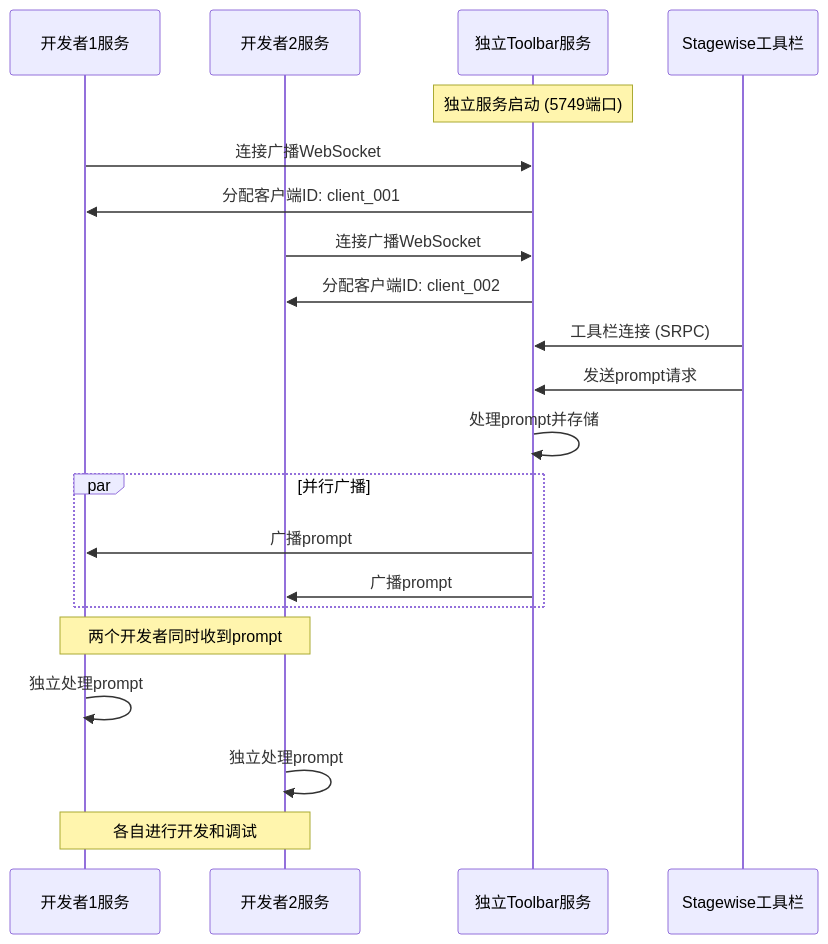
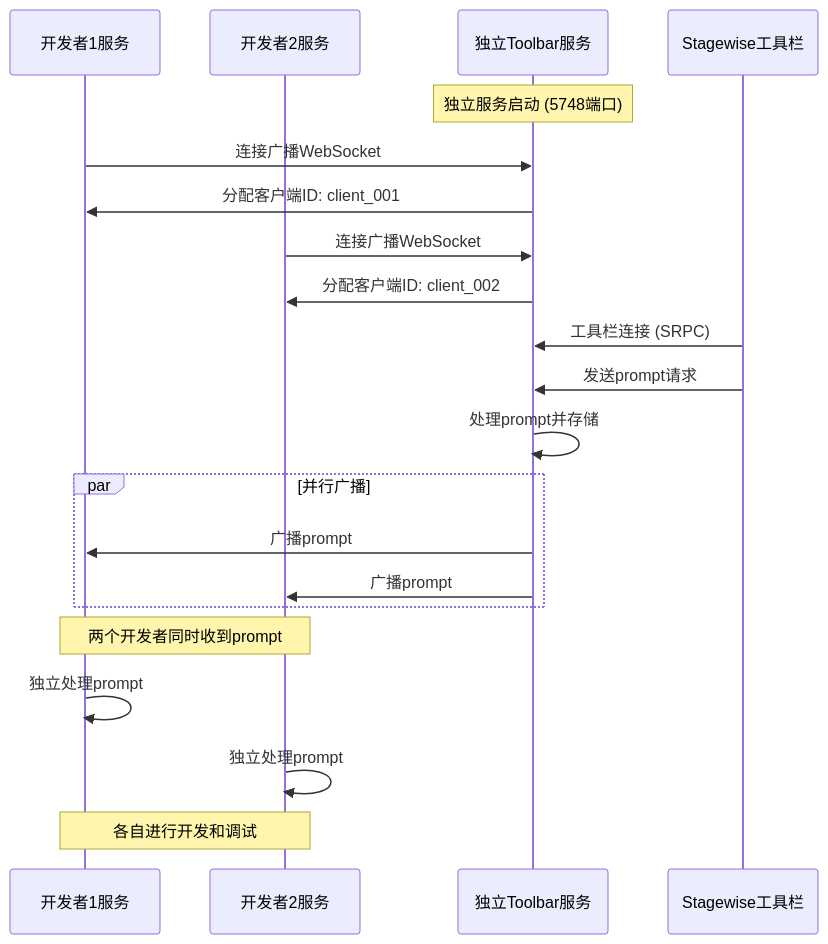
Before and after one commit to Songmengdi/mcp-feedback-collector: the tenth of 10 diagrams in docs/交互层/模块交互分析.md, drawn with Mermaid. The commit also changed other lines of this file and 18 other files, not shown here.

````diff
--- a/docs/交互层/模块交互分析.md
+++ b/docs/交互层/模块交互分析.md
@@ -381,32 +381,32 @@
 ```mermaid
 sequenceDiagram
     participant DEV1 as 开发者1服务
     participant DEV2 as 开发者2服务
     participant ITS as 独立Toolbar服务
     participant ST as Stagewise工具栏
     
-    Note over ITS: 独立服务启动 (5749端口)
+    Note over ITS: 独立服务启动 (5748端口)
     
     DEV1->>ITS: 连接广播WebSocket
     ITS->>DEV1: 分配客户端ID: client_001
     
     DEV2->>ITS: 连接广播WebSocket
     ITS->>DEV2: 分配客户端ID: client_002
     
     ST->>ITS: 工具栏连接 (SRPC)
     ST->>ITS: 发送prompt请求
     
     ITS->>ITS: 处理prompt并存储
     
     par 并行广播
         ITS->>DEV1: 广播prompt
         ITS->>DEV2: 广播prompt
     end
     
     Note over DEV1,DEV2: 两个开发者同时收到prompt
     
     DEV1->>DEV1: 独立处理prompt
     DEV2->>DEV2: 独立处理prompt
     
     Note over DEV1,DEV2: 各自进行开发和调试
 ```
````
